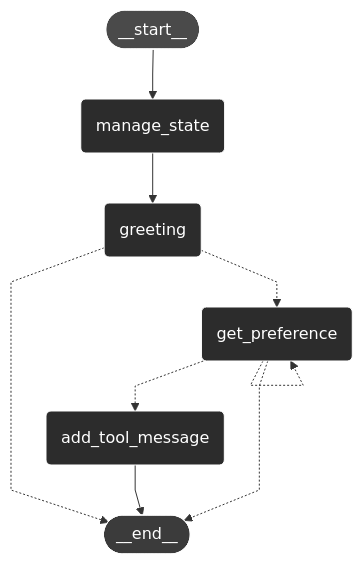
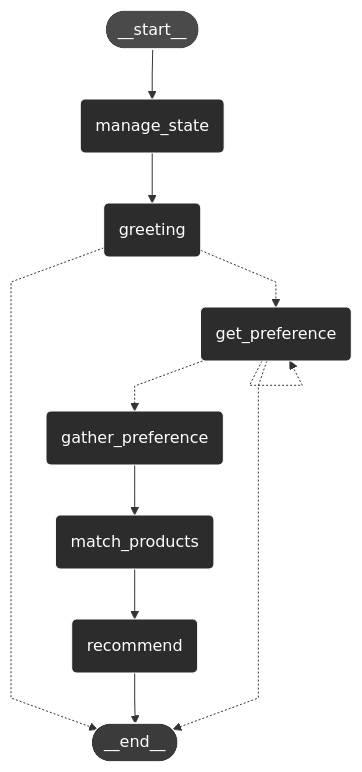
One commit to cintiaching/ai-shopping-buddy changed the diagram in chatbots/README.md. Above: the diagram before and after it, drawn with Mermaid.

````diff
--- a/chatbots/README.md
+++ b/chatbots/README.md
@@ -6,22 +6,26 @@
 ```mermaid
 %%{init: {'flowchart': {'curve': 'linear'}}}%%
 graph TD;
 	__start__([<p>__start__</p>]):::first
 	get_preference(get_preference)
 	manage_state(manage_state)
 	greeting(greeting)
-	add_tool_message(add_tool_message)
+	gather_preference(gather_preference)
+	match_products(match_products)
+	recommend(recommend)
 	__end__([<p>__end__</p>]):::last
 	__start__ --> manage_state;
-	add_tool_message --> __end__;
+	gather_preference --> match_products;
 	manage_state --> greeting;
+	match_products --> recommend;
+	recommend --> __end__;
 	greeting -.-> __end__;
 	greeting -.-> get_preference;
-	get_preference -.-> add_tool_message;
+	get_preference -.-> gather_preference;
 	get_preference -.-> __end__;
 	get_preference -.-> get_preference;
 	classDef default fill:#1e1e1e, stroke:#ffffff, color:#ffffff;
     classDef first fill:#4a4a4a, color:#ffffff;
     classDef last fill:#3b3b3b, color:#ffffff;
     classDef node fill:#2c2c2c, stroke:#ffffff, color:#ffffff;
 ```
````
